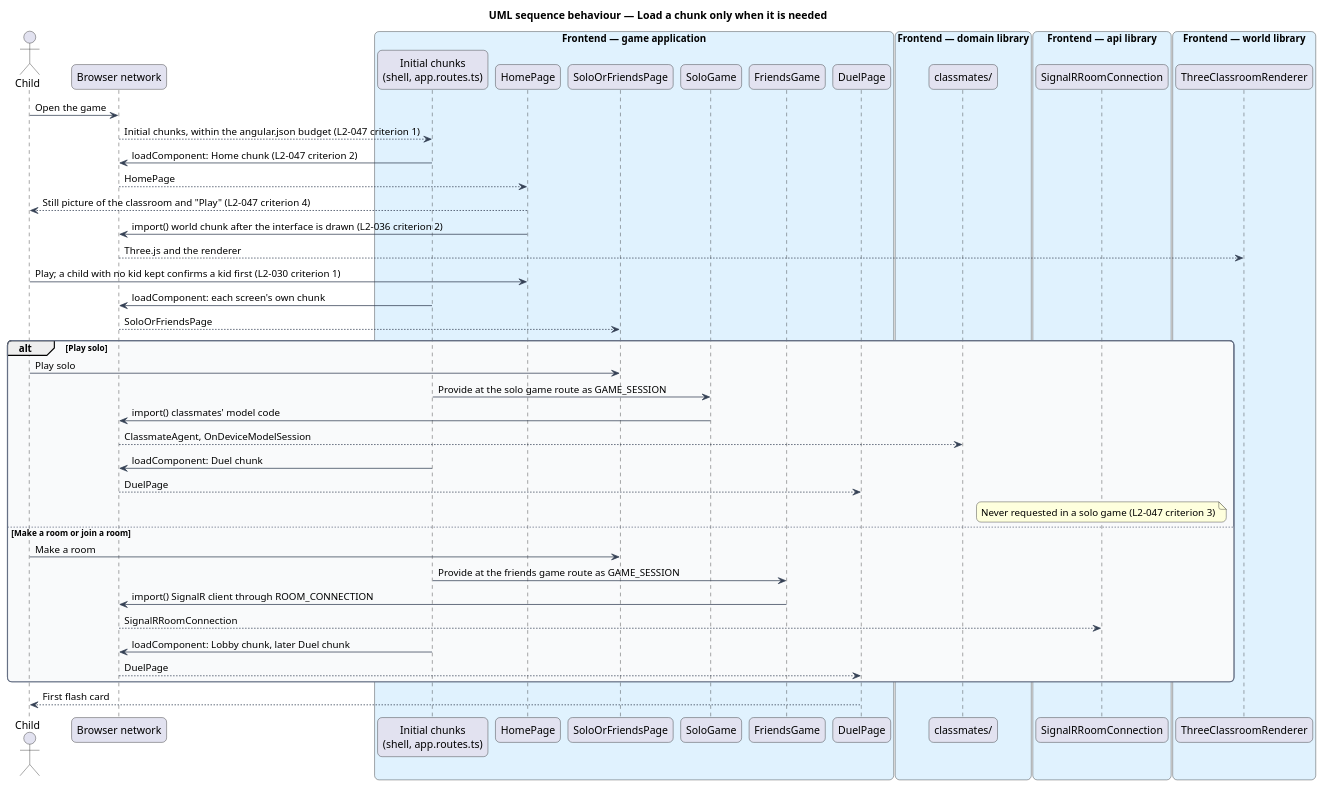
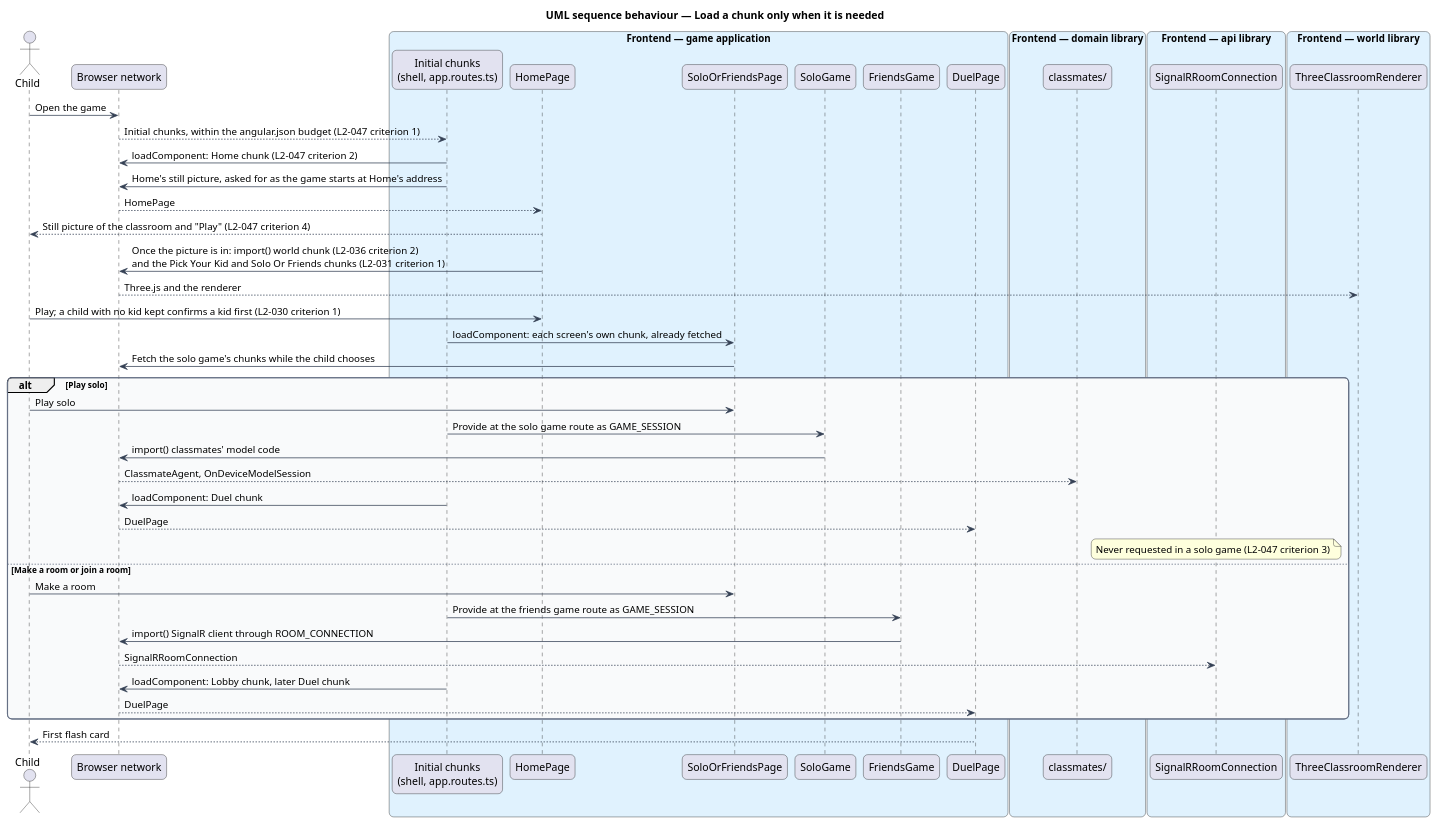
The diagram in docs/detailed-designs/platform/load-lazily-and-release/diagrams/sequence-load-on-demand.puml (QuinntyneBrown/around-the-world), drawn with PlantUML before and after one commit. The commit also changed 11 other files, not shown here.

```diff
--- a/docs/detailed-designs/platform/load-lazily-and-release/diagrams/sequence-load-on-demand.puml
+++ b/docs/detailed-designs/platform/load-lazily-and-release/diagrams/sequence-load-on-demand.puml
@@ -1,63 +1,64 @@
 @startuml
 title UML sequence behaviour — Load a chunk only when it is needed
 skinparam backgroundColor #FFFFFF
 skinparam shadowing false
 skinparam roundcorner 12
 skinparam defaultFontName Arial
 skinparam ArrowColor #344054
 skinparam rectangle {
   BorderColor #344054
   FontColor #101828
 }
 skinparam package {
   BorderColor #667085
   FontColor #101828
   BackgroundColor #F9FAFB
 }
 actor "Child" as actor
 participant "Browser network" as net
 box "Frontend — game application" #E0F2FE
   participant "Initial chunks\n(shell, app.routes.ts)" as shell
   participant "HomePage" as home
   participant "SoloOrFriendsPage" as sof
   participant "SoloGame" as solo
   participant "FriendsGame" as friends
   participant "DuelPage" as duel
 end box
 box "Frontend — domain library" #E0F2FE
   participant "classmates/" as classmates
 end box
 box "Frontend — api library" #E0F2FE
   participant "SignalRRoomConnection" as conn
 end box
 box "Frontend — world library" #E0F2FE
   participant "ThreeClassroomRenderer" as renderer
 end box
 actor -> net : Open the game
 net --> shell : Initial chunks, within the angular.json budget (L2-047 criterion 1)
 shell -> net : loadComponent: Home chunk (L2-047 criterion 2)
+shell -> net : Home's still picture, asked for as the game starts at Home's address
 net --> home : HomePage
 home --> actor : Still picture of the classroom and "Play" (L2-047 criterion 4)
-home -> net : import() world chunk after the interface is drawn (L2-036 criterion 2)
+home -> net : Once the picture is in: import() world chunk (L2-036 criterion 2)\nand the Pick Your Kid and Solo Or Friends chunks (L2-031 criterion 1)
 net --> renderer : Three.js and the renderer
 actor -> home : Play; a child with no kid kept confirms a kid first (L2-030 criterion 1)
-shell -> net : loadComponent: each screen's own chunk
-net --> sof : SoloOrFriendsPage
+shell -> sof : loadComponent: each screen's own chunk, already fetched
+sof -> net : Fetch the solo game's chunks while the child chooses
 alt Play solo
   actor -> sof : Play solo
   shell -> solo : Provide at the solo game route as GAME_SESSION
   solo -> net : import() classmates' model code
   net --> classmates : ClassmateAgent, OnDeviceModelSession
   shell -> net : loadComponent: Duel chunk
   net --> duel : DuelPage
   note over conn : Never requested in a solo game (L2-047 criterion 3)
 else Make a room or join a room
   actor -> sof : Make a room
   shell -> friends : Provide at the friends game route as GAME_SESSION
   friends -> net : import() SignalR client through ROOM_CONNECTION
   net --> conn : SignalRRoomConnection
   shell -> net : loadComponent: Lobby chunk, later Duel chunk
   net --> duel : DuelPage
 end
 duel --> actor : First flash card
 @enduml
```
